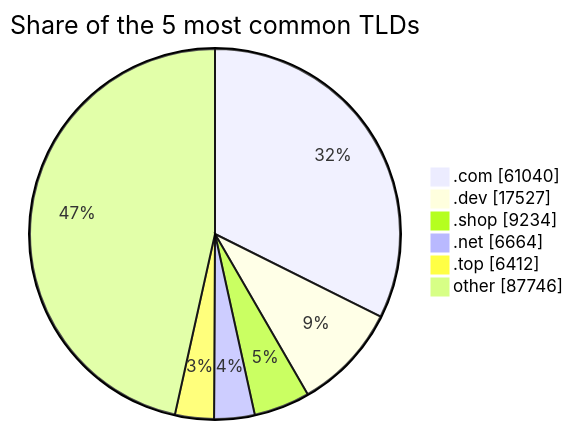
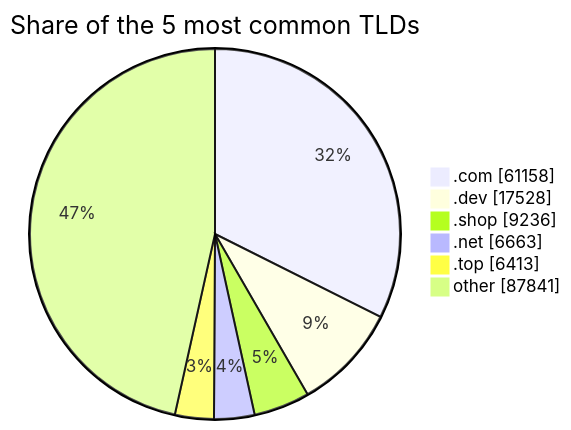
One commit to DNSBunker/CTI changed the third of 3 diagrams in README.md. Above: the diagram before and after it, drawn with Mermaid. The commit also changed other lines of this file and 3 other files, not shown here.

````diff
--- a/README.md
+++ b/README.md
@@ -81,9 +81,9 @@
 ```mermaid
 pie showData title Share of the 5 most common TLDs
-    ".com" : 61040
-    ".dev" : 17527
-    ".shop" : 9234
-    ".net" : 6664
-    ".top" : 6412
-    "other" : 87746
+    ".com" : 61158
+    ".dev" : 17528
+    ".shop" : 9236
+    ".net" : 6663
+    ".top" : 6413
+    "other" : 87841
 ```
````
